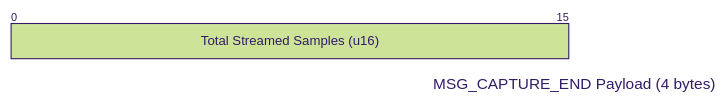
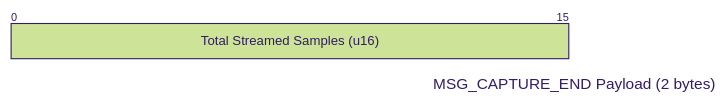
Diagram 19 of 20 in docs/protocol.md (rafaelurben/raspberry-pi-pico-schlagzaehler), drawn with Mermaid (forest theme) before and after one commit. The commit also changed other lines of this file and 40 other files, not shown here.

````diff
--- a/docs/protocol.md
+++ b/docs/protocol.md
@@ -524,7 +524,7 @@
 ```mermaid
 ---
-title: "MSG_CAPTURE_END Payload (4 bytes)"
+title: "MSG_CAPTURE_END Payload (2 bytes)"
 ---
 packet
 0-15: "Total Streamed Samples (u16)"
 ```
````
